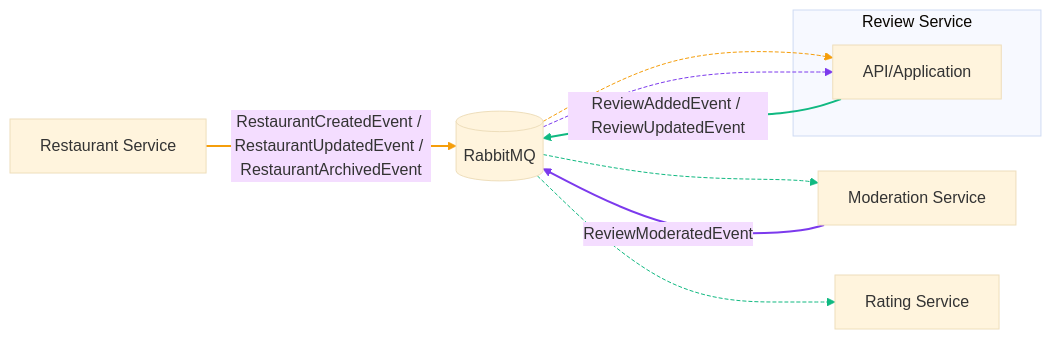
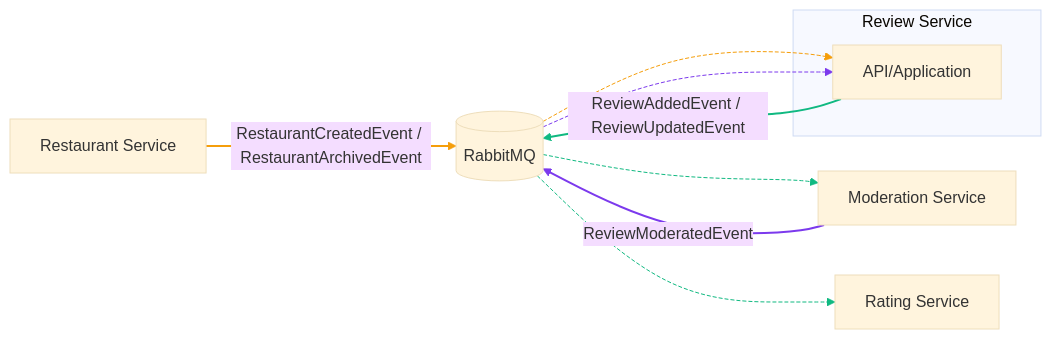
Before and after one commit to bagermoon/otuscode: the first of 2 diagrams in docs/services/ReviewService.md, drawn with Mermaid (base theme). The commit also changed other lines of this file and 10 other files, not shown here.

Commit message:
feat: Update restaurant event contracts and introduce RestaurantStatus enum

````diff
--- a/docs/services/ReviewService.md
+++ b/docs/services/ReviewService.md
@@ -89,39 +89,39 @@
 ```mermaid
 flowchart LR
     %% Справочные события от Restaurant
-    RSVC[Restaurant Service] -- RestaurantCreatedEvent / RestaurantUpdatedEvent / RestaurantArchivedEvent --> MQ[(RabbitMQ)]
+    RSVC[Restaurant Service] -- RestaurantCreatedEvent / RestaurantArchivedEvent --> MQ[(RabbitMQ)]
     MQ --> RV
 
     %% Исходящие события сервиса Review
     subgraph Review_Service[Review Service]
         RV[API/Application]
     end
 
     RV -- ReviewAddedEvent / ReviewUpdatedEvent --> MQ[(RabbitMQ)]
 
     MQ --> ModSvc[Moderation Service]
 
     MQ --> RatingSvc[Rating Service]
 
     %% Входящие результаты модерации
     ModSvc -- ReviewModeratedEvent --> MQ
     MQ --> RV
 
     %% Link styling to visualize event families (order-dependent)
     %% 0: RSVC->MQ (restaurant events)
     linkStyle 0 stroke:#f59e0b,stroke-width:2px
     %% 1: MQ->RV (restaurant events delivery)
     linkStyle 1 stroke:#f59e0b,stroke-dasharray: 4 2
 
     %% 2: RV->MQ (review events)
     linkStyle 2 stroke:#10b981,stroke-width:2px
     %% 3: MQ->ModSvc (review events to Moderation)
     linkStyle 3 stroke:#10b981,stroke-dasharray: 4 2
     %% 4: MQ->RatingSvc (review events to Rating)
     linkStyle 4 stroke:#10b981,stroke-dasharray: 4 2
 
     %% 5: ModSvc->MQ (moderation result)
     linkStyle 5 stroke:#7c3aed,stroke-width:2px
     %% 6: MQ->RV (moderation result delivery)
     linkStyle 6 stroke:#7c3aed,stroke-dasharray: 4 2
 ```
````
